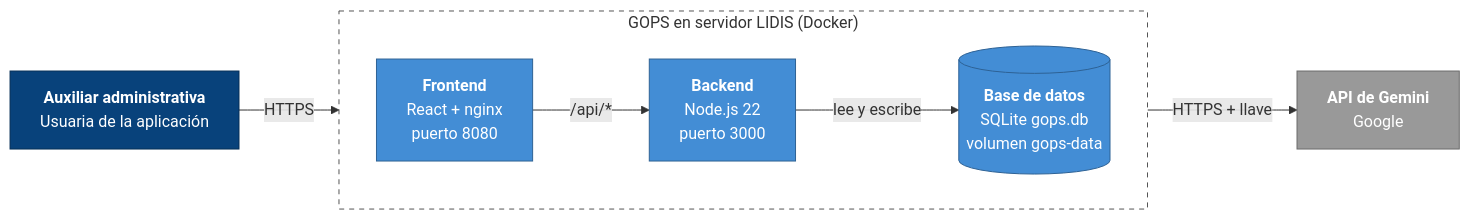
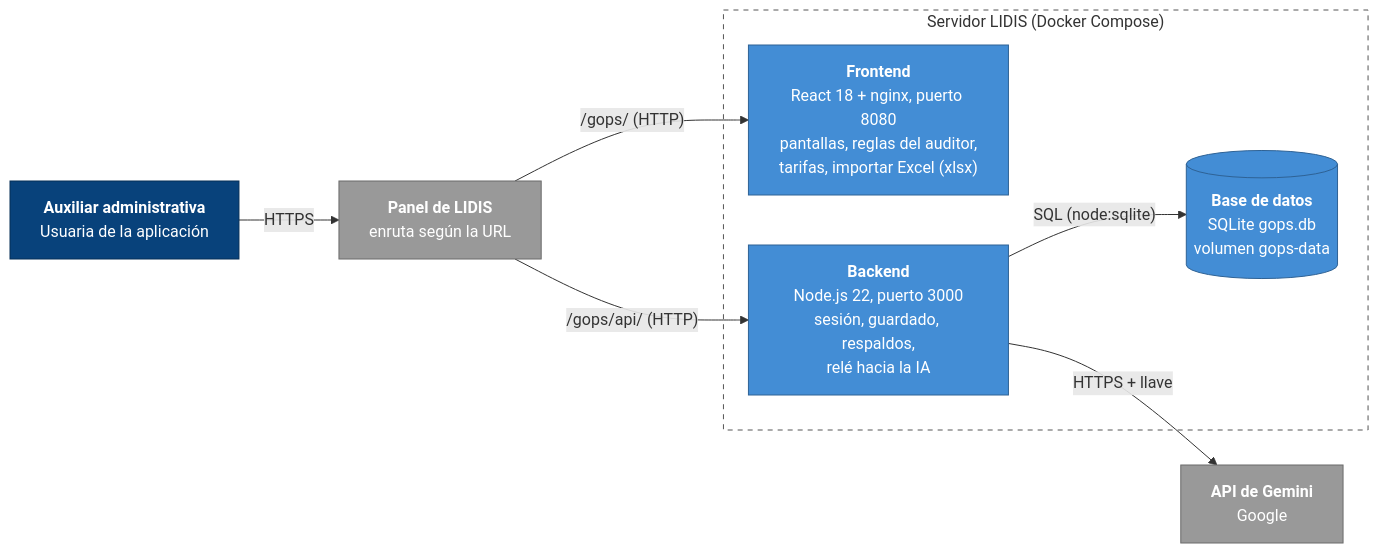
The second of 4 diagrams in docs/arquitectura.md (Caro-0519/gops-servidor2), drawn with Mermaid before and after one commit. The commit also changed other lines of this file, not shown here.

````diff
--- a/docs/arquitectura.md
+++ b/docs/arquitectura.md
@@ -23,21 +22,23 @@
 ```mermaid
 flowchart LR
     U["<b>Auxiliar administrativa</b><br/>Usuaria de la aplicación"]
-    subgraph LIDIS["GOPS en servidor LIDIS (Docker)"]
-        direction LR
-        F["<b>Frontend</b><br/>React + nginx<br/>puerto 8080"]
-        B["<b>Backend</b><br/>Node.js 22<br/>puerto 3000"]
+    P["<b>Panel de LIDIS</b><br/>enruta según la URL"]
+    subgraph DOCKER["Servidor LIDIS (Docker Compose)"]
+        F["<b>Frontend</b><br/>React 18 + nginx, puerto 8080<br/>pantallas, reglas del auditor,<br/>tarifas, importar Excel (xlsx)"]
+        B["<b>Backend</b><br/>Node.js 22, puerto 3000<br/>sesión, guardado, respaldos,<br/>relé hacia la IA"]
         DB[("<b>Base de datos</b><br/>SQLite gops.db<br/>volumen gops-data")]
     end
     IA["<b>API de Gemini</b><br/>Google"]
-    U -->|"HTTPS"| F
-    F -->|"/api/*"| B
-    B -->|"lee y escribe"| DB
+    U -->|"HTTPS"| P
+    P -->|"/gops/ (HTTP)"| F
+    P -->|"/gops/api/ (HTTP)"| B
+    B -->|"SQL (node:sqlite)"| DB
     B -->|"HTTPS + llave"| IA
     style U fill:#08427b,color:#fff,stroke:#052e56
+    style P fill:#999,color:#fff,stroke:#6b6b6b
     style F fill:#438dd5,color:#fff,stroke:#2e6295
     style B fill:#438dd5,color:#fff,stroke:#2e6295
     style DB fill:#438dd5,color:#fff,stroke:#2e6295
     style IA fill:#999,color:#fff,stroke:#6b6b6b
-    style LIDIS fill:#fff,stroke:#555,stroke-dasharray:5 5
+    style DOCKER fill:#fff,stroke:#555,stroke-dasharray:5 5
 ```
````
